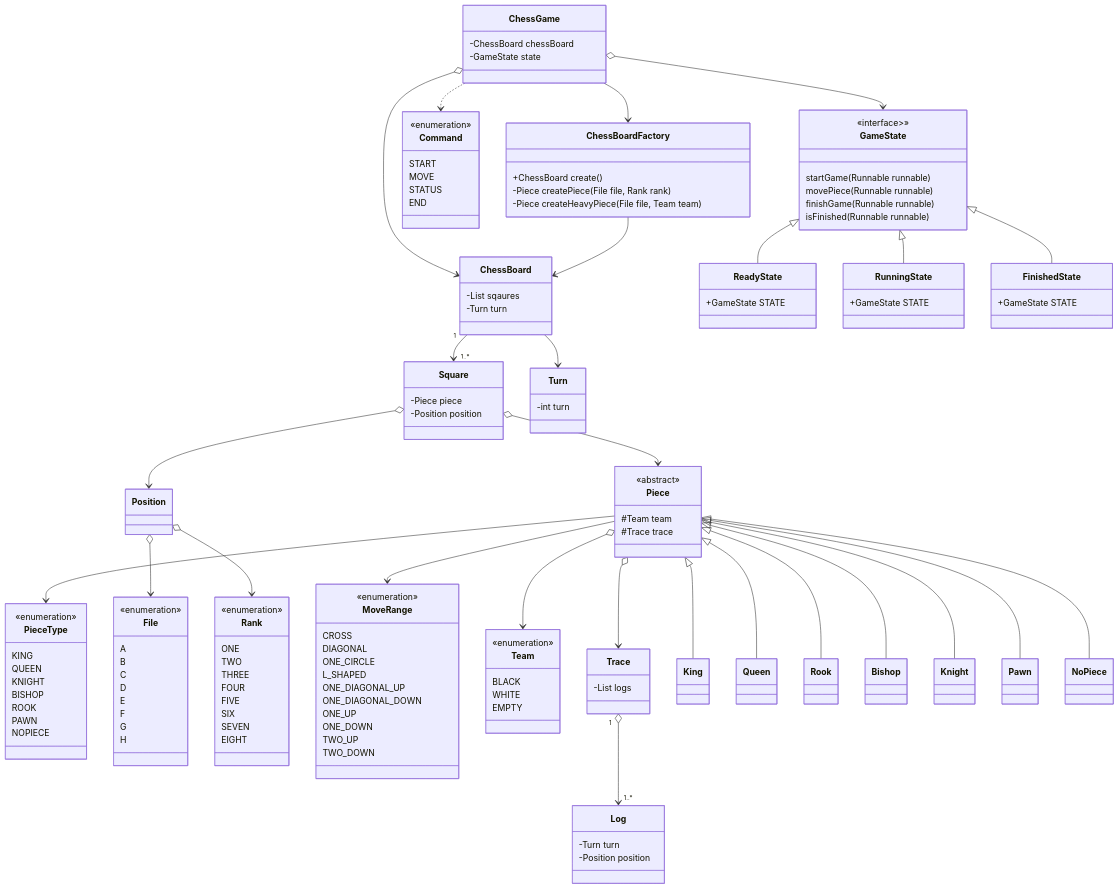
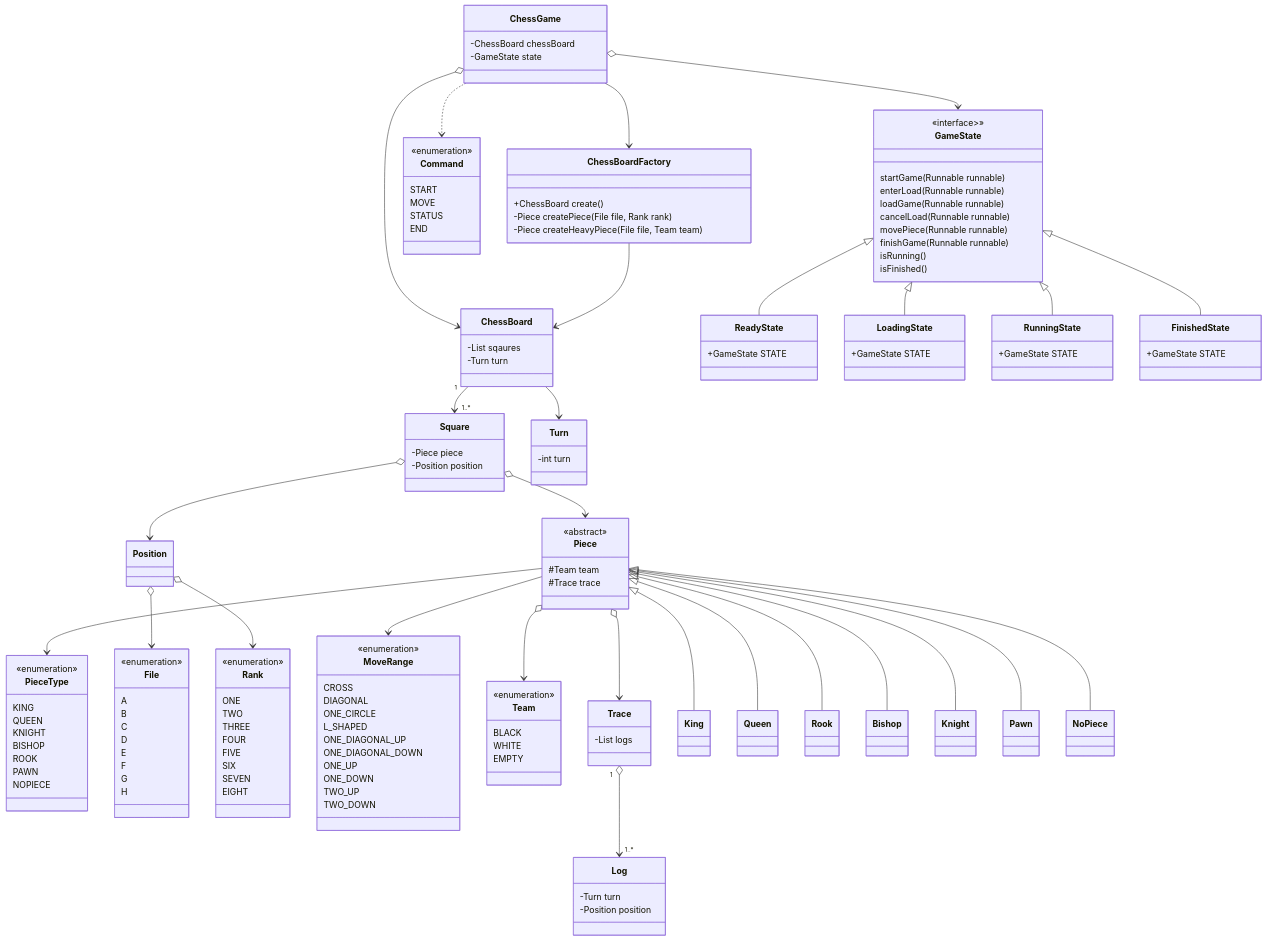
Before and after one commit to woowacourse/java-chess: the fourth of 7 diagrams in docs/README.md, drawn with Mermaid. The commit also changed other lines of this file and 15 other files, not shown here.

````diff
--- a/docs/README.md
+++ b/docs/README.md
@@ -256,11 +257,18 @@
 class GameState{
   <<interface>>>
   startGame(Runnable runnable)
+  enterLoad(Runnable runnable)
+  loadGame(Runnable runnable)
+  cancelLoad(Runnable runnable)
   movePiece(Runnable runnable)
   finishGame(Runnable runnable)
-  isFinished(Runnable runnable)
+  isRunning()
+  isFinished()
 }
 class ReadyState{
+   +GameState STATE
+}
+class LoadingState{
    +GameState STATE
 }
 class RunningState{
@@ -308,7 +316,9 @@
 Trace"1"o-->"1..*"Log
 
 GameState<|--ReadyState
+GameState<|--LoadingState
 GameState<|--RunningState
 GameState<|--FinishedState
 
+
 ```
````
